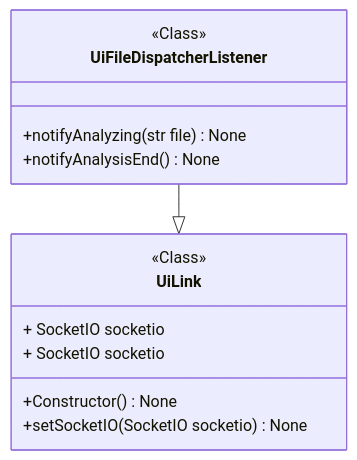
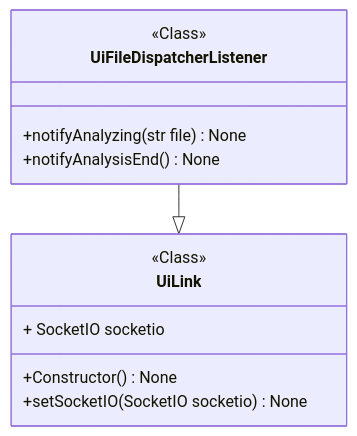
One commit to miong/pycodeanalyzer changed the diagram in docs/source/code/diagrams/pycodeanalyzer_ui_app_UiFileDispatcherListener.mmd. Above: the diagram before and after it, drawn with Mermaid. The commit also changed 17 other files, not shown here.

```diff
--- a/docs/source/code/diagrams/pycodeanalyzer_ui_app_UiFileDispatcherListener.mmd
+++ b/docs/source/code/diagrams/pycodeanalyzer_ui_app_UiFileDispatcherListener.mmd
@@ -1,15 +1,14 @@
 classDiagram
 class UiFileDispatcherListener {
 <<Class>>
 +notifyAnalyzing(str file) None
 +notifyAnalysisEnd() None
 }
 class UiLink {
 <<Class>>
 + SocketIO socketio
-+ SocketIO socketio
 +Constructor() None
 +setSocketIO(SocketIO socketio) None
 }
 link UiLink "class££pycodeanalyzer::ui::app::UiLink"
 UiFileDispatcherListener --|> UiLink
```
